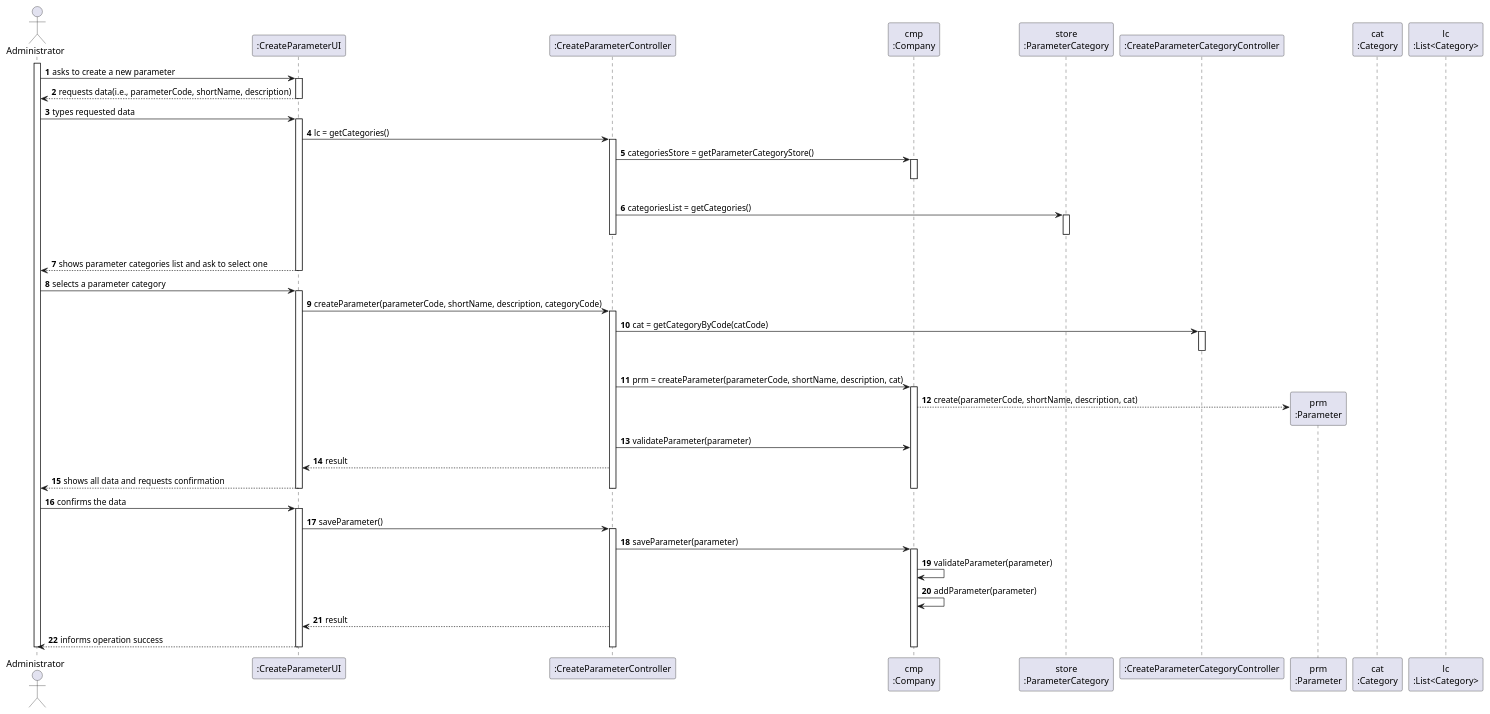
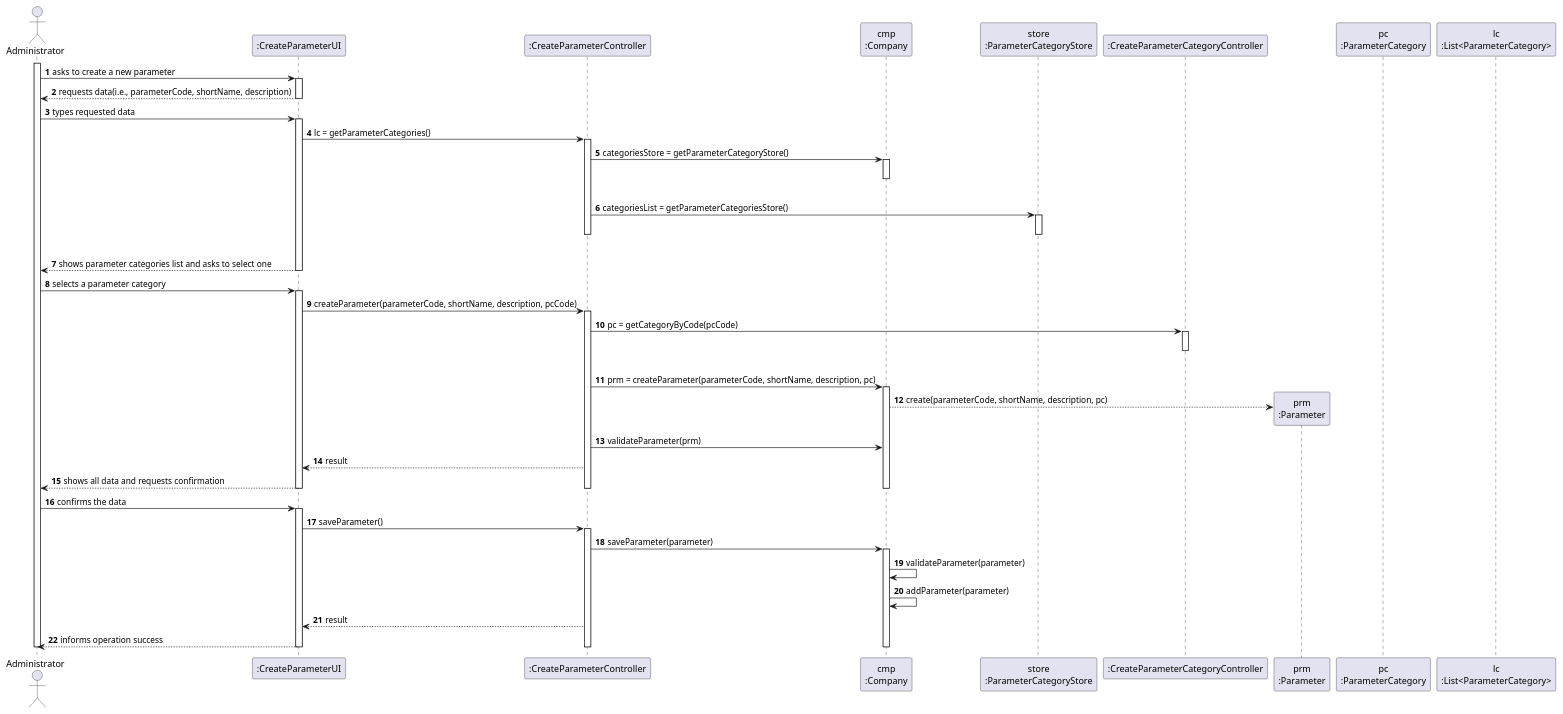
One commit to ana-albergaria/LAPR2-ISEP changed the diagram in docs/SprintB/US_10/US10_SD.puml. Above: the diagram before and after it, drawn with PlantUML. The commit also changed 22 other files, not shown here.

Commit message:
Corrected US11 and US10 Diagrams, Corrected US11 Code and Finished US10 Code.

```diff
--- a/docs/SprintB/US_10/US10_SD.puml
+++ b/docs/SprintB/US_10/US10_SD.puml
@@ -1,100 +1,85 @@
 @startuml
 autonumber
 'hide footbox
 actor "Administrator" as ADM
 
 participant ":CreateParameterUI" as UI
 participant ":CreateParameterController" as CTRL
 participant "cmp\n:Company" as CMP
-participant "store\n:ParameterCategory" as store
+participant "store\n:ParameterCategoryStore" as STORE
 participant ":CreateParameterCategoryController" as PCCTRL
-'participant "ApplicationPOT" as _APP
-'participant "app\n:ApplicationPOT" as APP
-'participant "session\n:UserSession" as SESSION
-'participant ":Platform" as PLAT
 participant "prm\n:Parameter" as PRM
-participant "cat\n:Category" as CAT
-participant "lc\n:List<Category>" as LIST_CAT
+participant "pc\n:ParameterCategory" as PC
+participant "lc\n:List<ParameterCategory>" as LIST_CAT
 
 activate ADM
 ADM -> UI : asks to create a new parameter
 activate UI
 UI --> ADM : requests data(i.e., parameterCode, shortName, description)
 deactivate UI
 
 ADM -> UI : types requested data
 activate UI
 
-UI -> CTRL : lc = getCategories()
+UI -> CTRL : lc = getParameterCategories()
 activate CTRL
 
 CTRL -> CMP : categoriesStore = getParameterCategoryStore()
 activate CMP
 |||
 deactivate CMP
-CTRL -> store : categoriesList = getCategories()
-activate store
+CTRL -> STORE : categoriesList = getParameterCategoriesStore()
+activate STORE
 |||
-deactivate store
+deactivate STORE
 deactivate CTRL
 
-UI --> ADM : shows parameter categories list and ask to select one
+UI --> ADM : shows parameter categories list and asks to select one
 deactivate CMP
 deactivate UI
 
 ADM -> UI : selects a parameter category
 activate UI
 
-UI -> CTRL : createParameter(parameterCode, shortName, description, categoryCode)
+UI -> CTRL : createParameter(parameterCode, shortName, description, pcCode)
 activate CTRL
 
-CTRL -> PCCTRL : cat = getCategoryByCode(catCode)
+CTRL -> PCCTRL : pc = getCategoryByCode(pcCode)
 activate PCCTRL
 |||
 deactivate PCCTRL
 
-'CTRL -> _APP: app = getInstance()
-'activate _APP
-'|||
-'deactivate _APP
-
-'CTRL -> APP: session = getCurrentSession()
-'activate APP
-'|||
-'deactivate APP
-
-CTRL -> CMP: prm = createParameter(parameterCode, shortName, description, cat)
+CTRL -> CMP: prm = createParameter(parameterCode, shortName, description, pc)
 activate CMP
 
-CMP --> PRM**: create(parameterCode, shortName, description, cat)
-CTRL -> CMP: validateParameter(parameter)
+CMP --> PRM**: create(parameterCode, shortName, description, pc)
+CTRL -> CMP: validateParameter(prm)
 
 CTRL --> UI: result
 
 UI --> ADM: shows all data and requests confirmation
 deactivate CMP
-'deactivate PLAT
 deactivate CTRL
 deactivate UI
 
 ADM -> UI : confirms the data
 activate UI
 UI -> CTRL : saveParameter()
 activate CTRL
 
 CTRL -> CMP : saveParameter(parameter)
 activate CMP
 
 CMP -> CMP: validateParameter(parameter)
 CMP -> CMP: addParameter(parameter)
 
 CTRL --> UI: result
 
 UI --> ADM : informs operation success
 deactivate CMP
 deactivate CTRL
 deactivate UI
 
 deactivate ADM
 
 @enduml
```
